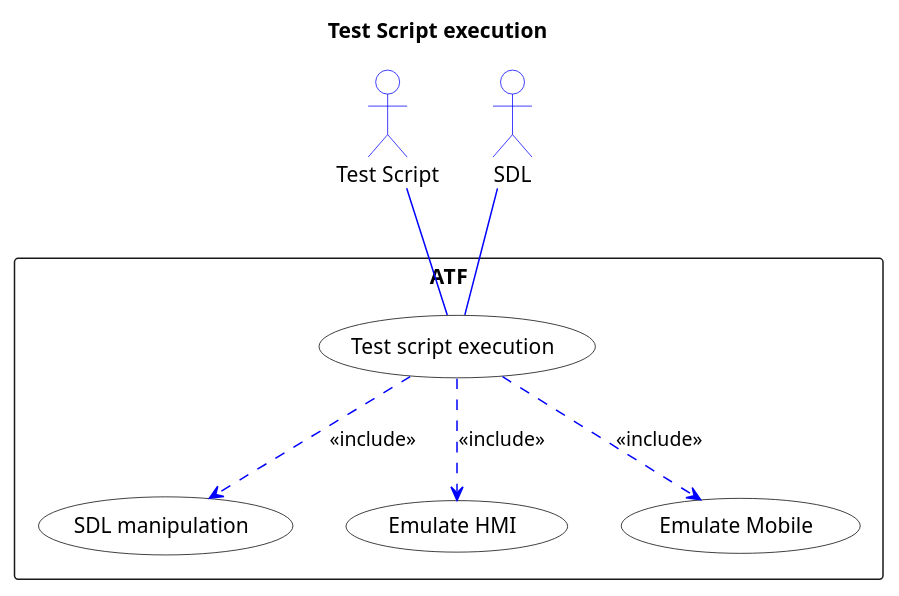
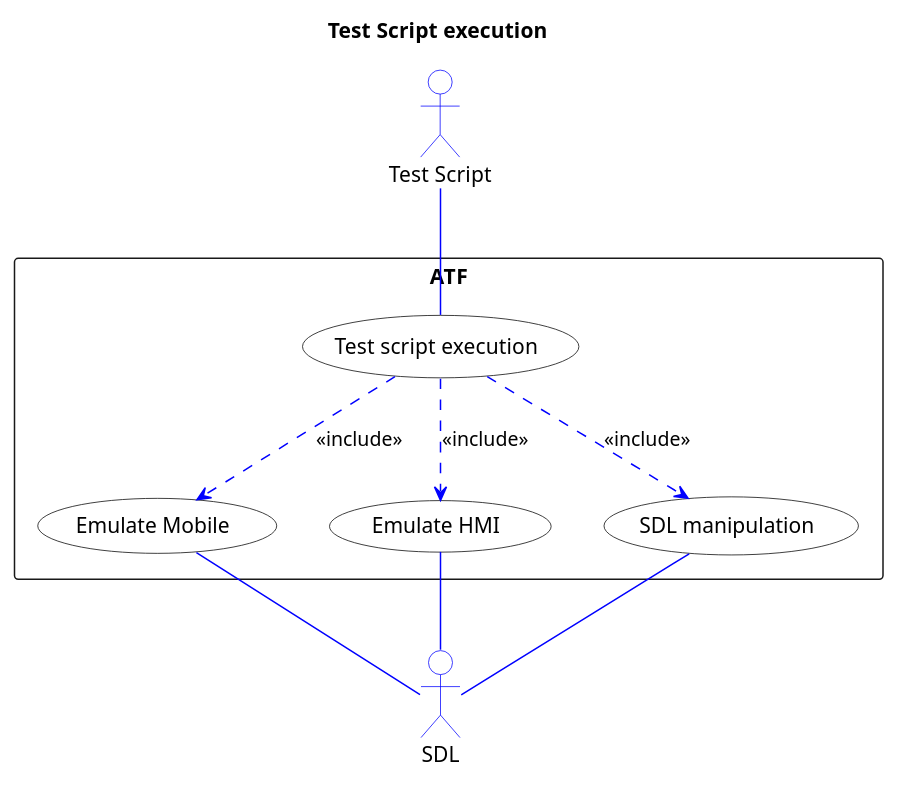
Before and after one commit to smartdevicelink/sdl_core_guides: the diagram in docs/ATF/Use Case View/assets/3_test_script_exec.plantuml, drawn with PlantUML. The commit also changed 10 other files, not shown here.

```diff
--- a/docs/ATF/Use Case View/assets/3_test_script_exec.plantuml
+++ b/docs/ATF/Use Case View/assets/3_test_script_exec.plantuml
@@ -1,37 +1,38 @@
 @startuml
 /'
 It is a source file for ATF SAD diagram.
 For further information, please, follow http://plantuml.com/
 '/
 
 skinparam shadowing false
 skinparam actorBackgroundColor white
 skinparam actorBorderColor blue
 skinparam usecase {
 	BackgroundColor white
 	BorderColor black
 	
 	ArrowColor blue
 	ActorBorderColor blue
 }
 '---------------------------
 title Test Script execution
 
 actor "Test Script" as :script:
 actor :SDL:
 rectangle ATF {
-    usecase (Test script execution)  as (test_exec_auto)
+    usecase (Test script execution) as (test_exec_auto)
     usecase (SDL manipulation)      as (e_sdl)
     usecase (Emulate HMI)           as (e_hmi)
     usecase (Emulate Mobile)        as (e_mob)
 }
 
-:script:  -[hidden] :SDL:
-
 :script: -- (test_exec_auto)
-:SDL:    -- (test_exec_auto)
 
 (test_exec_auto) ..> (e_sdl) : <<include>>
 (test_exec_auto) ..> (e_hmi) : <<include>>
 (test_exec_auto) ..> (e_mob) : <<include>>
+
+:SDL: -up- (e_sdl)
+:SDL: -up- (e_hmi)
+:SDL: -up- (e_mob)
 @enduml
```
